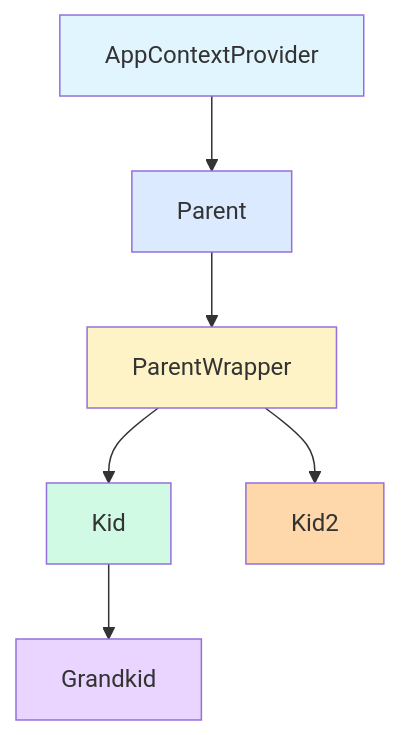
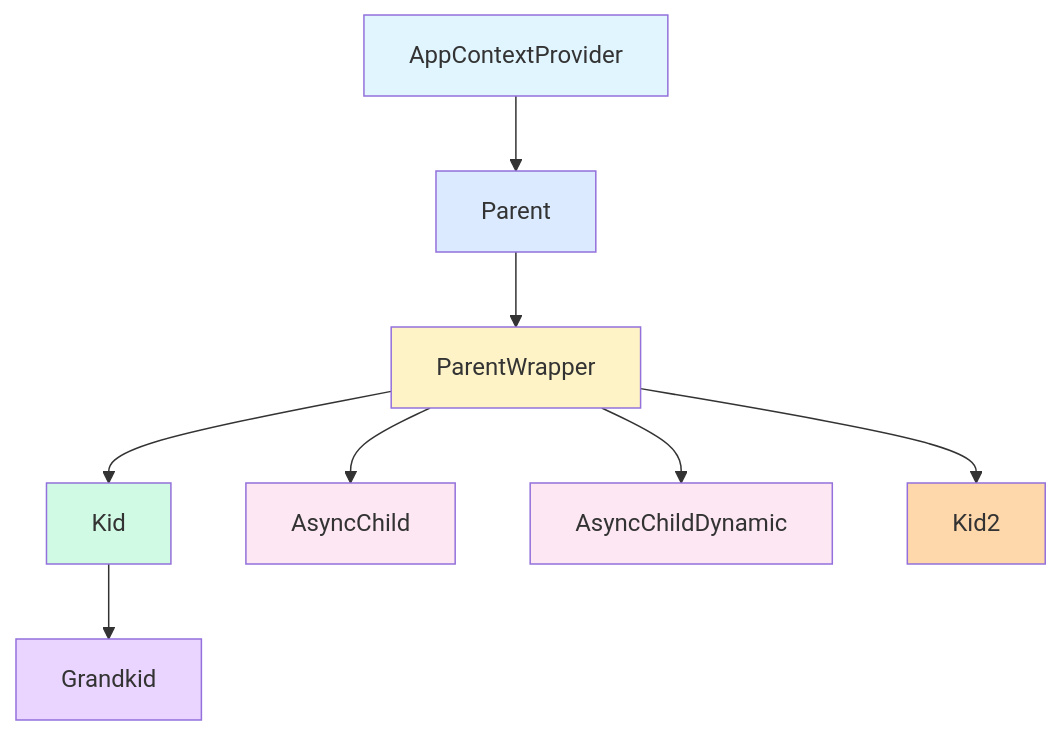
One commit to MaxwellCohen/react-hooks-order changed the second of 6 diagrams in README.md. Above: the diagram before and after it, drawn with Mermaid. The commit also changed other lines of this file, not shown here.

First line of the commit message:
docs: update readme with suspense phase and async components

````diff
--- a/README.md
+++ b/README.md
@@ -224,15 +235,19 @@
 ```mermaid
 graph TD
     A[AppContextProvider] --> B[Parent]
     B --> C[ParentWrapper]
     C --> D[Kid]
+    C --> AC[AsyncChild]
+    C --> ACD[AsyncChildDynamic]
     C --> E[Kid2]
     D --> F[Grandkid]
     
     style A fill:#e1f5ff
     style B fill:#dbeafe
     style C fill:#fef3c7
     style D fill:#d1fae5
+    style AC fill:#fce7f3
+    style ACD fill:#fce7f3
     style E fill:#fed7aa
     style F fill:#e9d5ff
 ```
````
